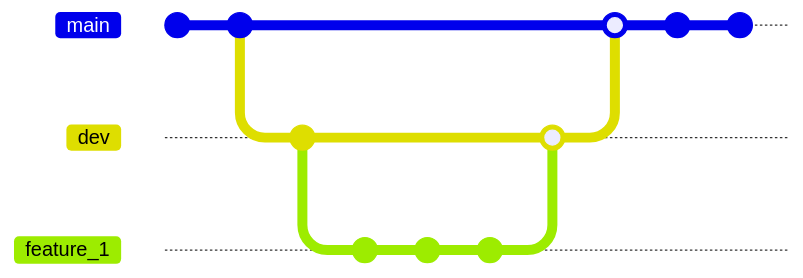
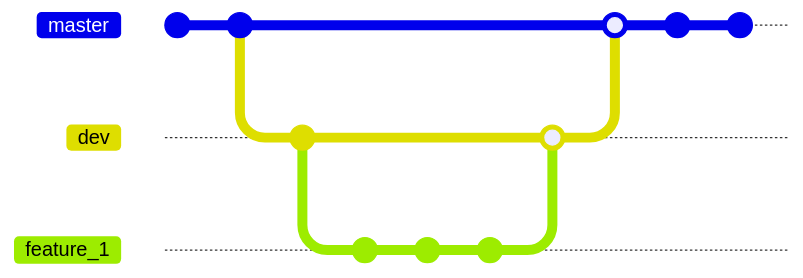
The diagram in README.md (PellelNitram/xournalpp_htr), drawn with Mermaid before and after one commit. The commit also changed other lines of this file, not shown here. Commit ids are hidden.

````diff
--- a/README.md
+++ b/README.md
@@ -119,19 +118,20 @@
 ```mermaid
+%%{init:{  "gitGraph":{ "mainBranchName":"master" }}}%%
 gitGraph
     commit
     commit
     branch dev
     commit
     checkout dev
     branch feature_1
     checkout feature_1
     commit
     commit
     commit
     checkout dev
     merge feature_1
-    checkout main
+    checkout master
     merge dev
     commit
     commit
 ```
````
